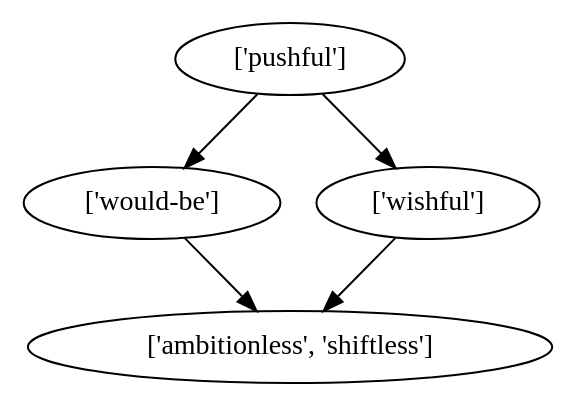
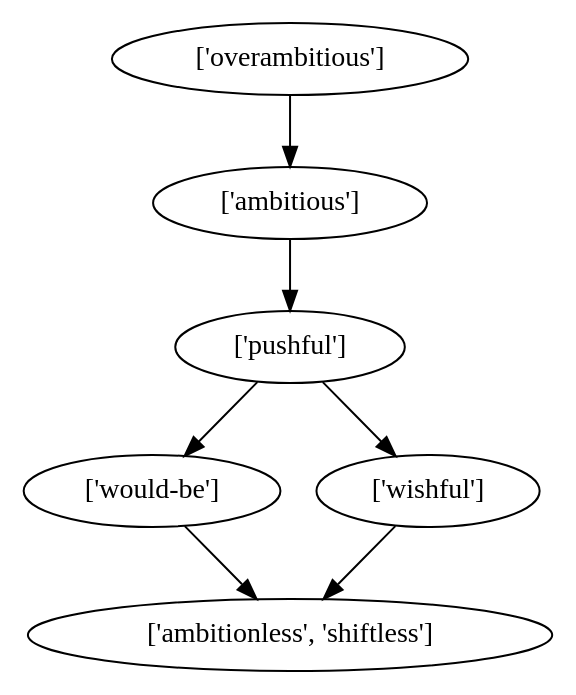
One commit to bleonar5/mechanical_turk changed the diagram in graphs_with_eqs/dots/ambition.dot. Above: the diagram before and after it, drawn with Graphviz. The commit also changed 99 other files, not shown here.

```diff
--- a/graphs_with_eqs/dots/ambition.dot
+++ b/graphs_with_eqs/dots/ambition.dot
@@ -1,6 +1,8 @@
 strict digraph  {
+	"['ambitious']" -> "['pushful']";
 	"['pushful']" -> "['would-be']";
 	"['pushful']" -> "['wishful']";
 	"['would-be']" -> "['ambitionless', 'shiftless']";
 	"['wishful']" -> "['ambitionless', 'shiftless']";
+	"['overambitious']" -> "['ambitious']";
 }
```
